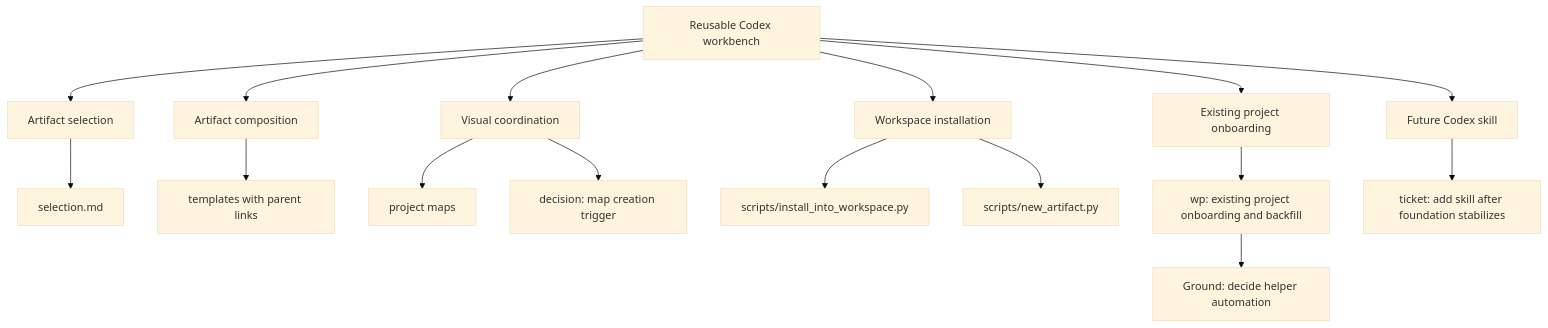
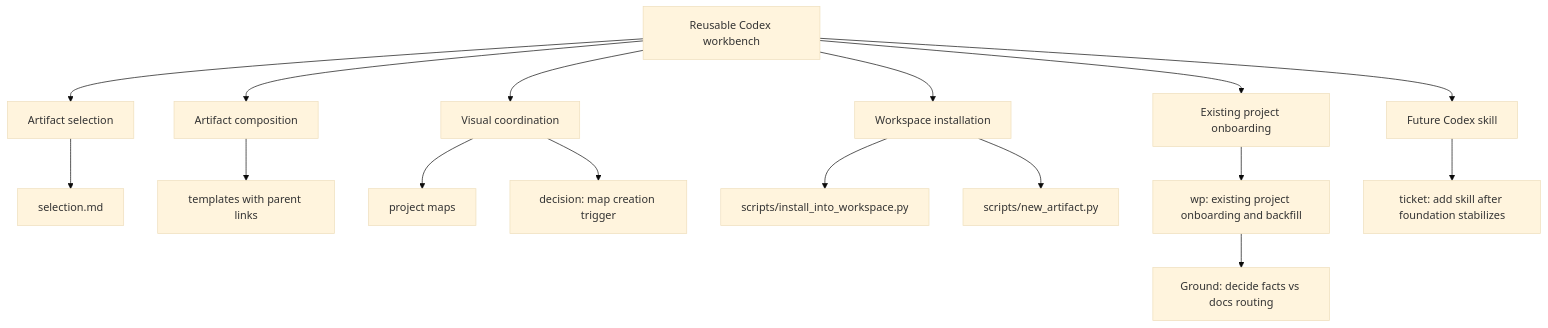
One commit to PC-Redemption/tool_shed changed the diagram in work/maps/map-tool-shed-foundation.md. Above: the diagram before and after it, drawn with Mermaid (base theme). The commit also changed other lines of this file and 6 other files, not shown here.

````diff
--- a/work/maps/map-tool-shed-foundation.md
+++ b/work/maps/map-tool-shed-foundation.md
@@ -14,20 +14,20 @@
 ```mermaid
 flowchart TD
   A[Reusable Codex workbench] --> B[Artifact selection]
   A --> C[Artifact composition]
   A --> D[Visual coordination]
   A --> E[Workspace installation]
   A --> F[Existing project onboarding]
   A --> G[Future Codex skill]
 
   B --> H[selection.md]
   C --> I[templates with parent links]
   D --> J[project maps]
   D --> K[decision: map creation trigger]
   E --> L[scripts/install_into_workspace.py]
   E --> M[scripts/new_artifact.py]
   F --> N[wp: existing project onboarding and backfill]
   G --> O[ticket: add skill after foundation stabilizes]
 
-  N --> P[Ground: decide helper automation]
+  N --> P[Ground: decide facts vs docs routing]
 ```
````
